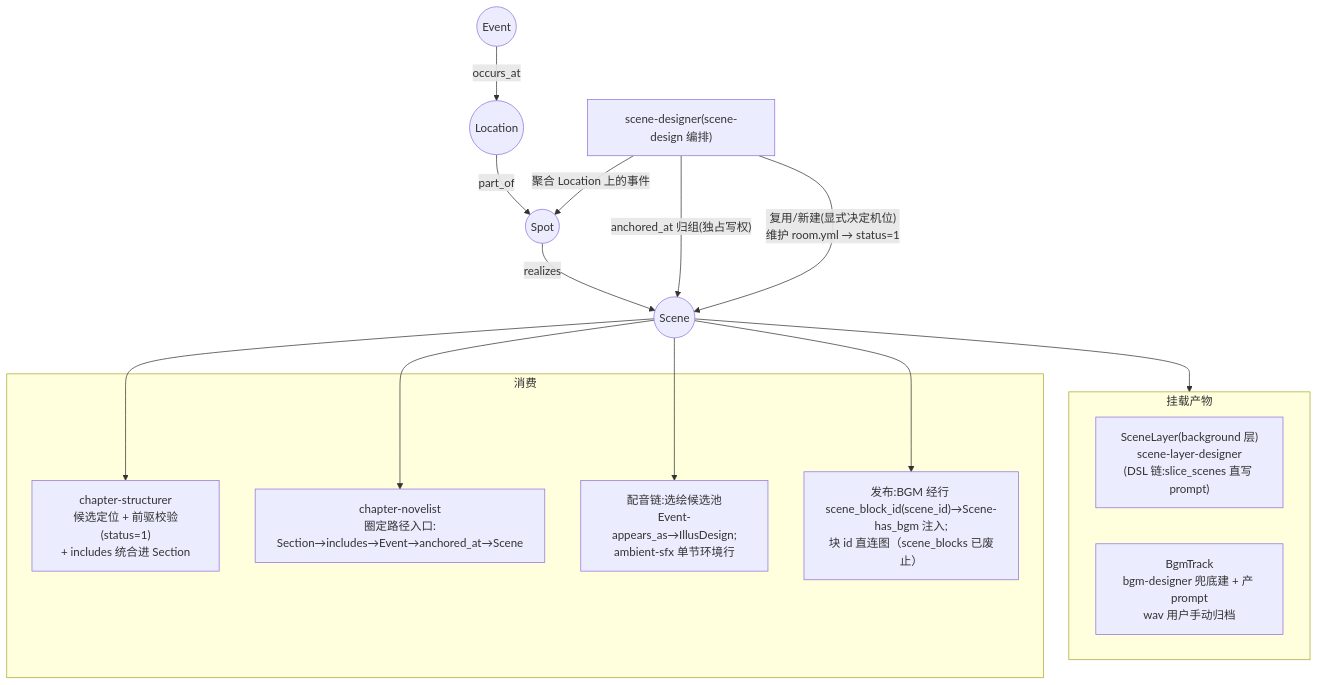
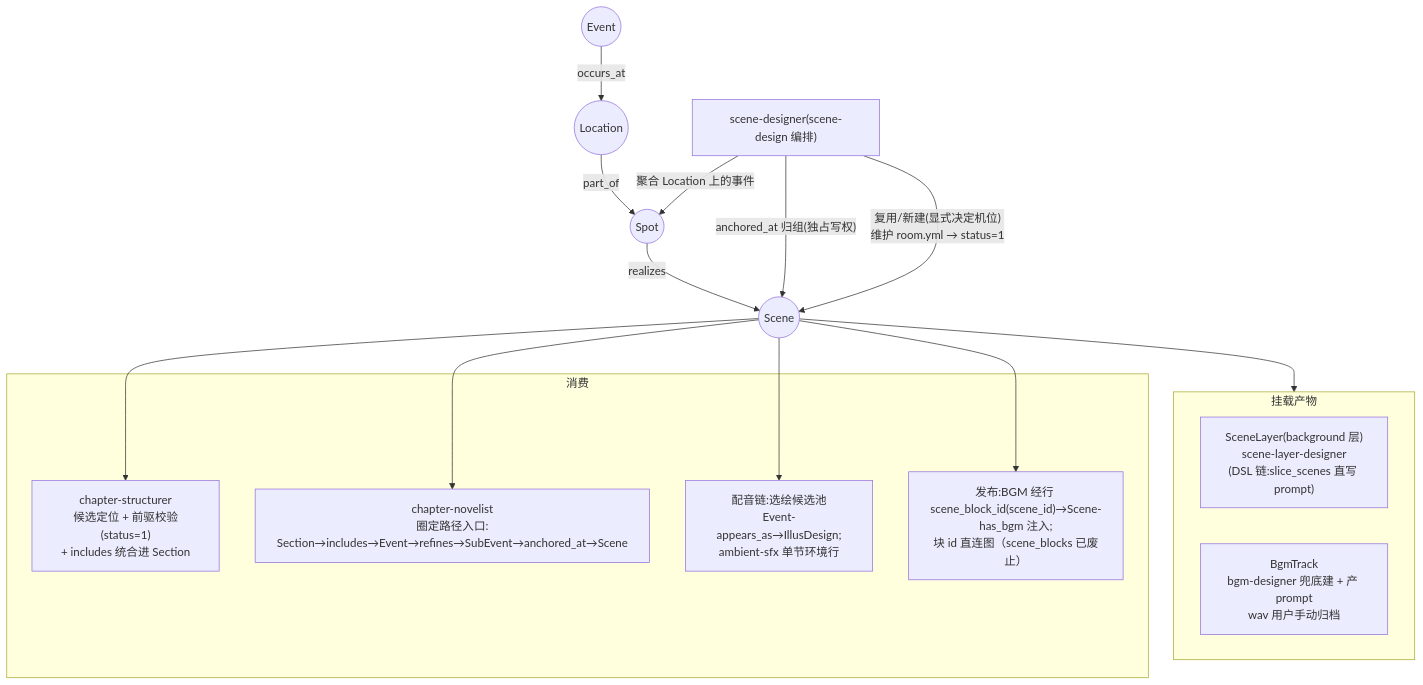
The fourth of 4 diagrams in demo/叙事生产消费流程.md (CrazyJinn/ProxyLove), drawn with Mermaid before and after one commit. The commit also changed 16 other files, not shown here.

First line of the commit message:
SubEvent 细化层：Event 拆双层，anchored_at/appears_as 下沉演出段

````diff
--- a/demo/叙事生产消费流程.md
+++ b/demo/叙事生产消费流程.md
@@ -120,24 +120,24 @@
 ```mermaid
 flowchart TD
     EV(("Event")) -- "occurs_at" --> LOC(("Location"))
     SD["scene-designer(scene-design 编排)"]
     SD -->|"聚合 Location 上的事件"| SP(("Spot"))
     SD -->|"anchored_at 归组(独占写权)"| SC
     LOC -- "part_of" --> SP
     SP -- "realizes" --> SC(("Scene"))
     SD -->|"复用/新建(显式决定机位)<br/>维护 room.yml → status=1"| SC
 
     subgraph SUB["挂载产物"]
         SL["SceneLayer(background 层)<br/>scene-layer-designer<br/>(DSL 链:slice_scenes 直写 prompt)"]
         BG["BgmTrack<br/>bgm-designer 兜底建 + 产 prompt<br/>wav 用户手动归档"]
     end
     SC --> SUB
 
     subgraph C["消费"]
         U1["chapter-structurer<br/>候选定位 + 前驱校验(status=1)<br/>+ includes 统合进 Section"]
-        U2["chapter-novelist<br/>圈定路径入口:<br/>Section→includes→Event→anchored_at→Scene"]
+        U2["chapter-novelist<br/>圈定路径入口:<br/>Section→includes→Event→refines→SubEvent→anchored_at→Scene"]
         U3["配音链:选绘候选池<br/>Event-appears_as→IllusDesign;<br/>ambient-sfx 单节环境行"]
         U4["发布:BGM 经行 scene_block_id(scene_id)→Scene-has_bgm 注入;<br/>块 id 直连图（scene_blocks 已废止）"]
     end
     SC --> U1 & U2 & U3 & U4
 ```
````
